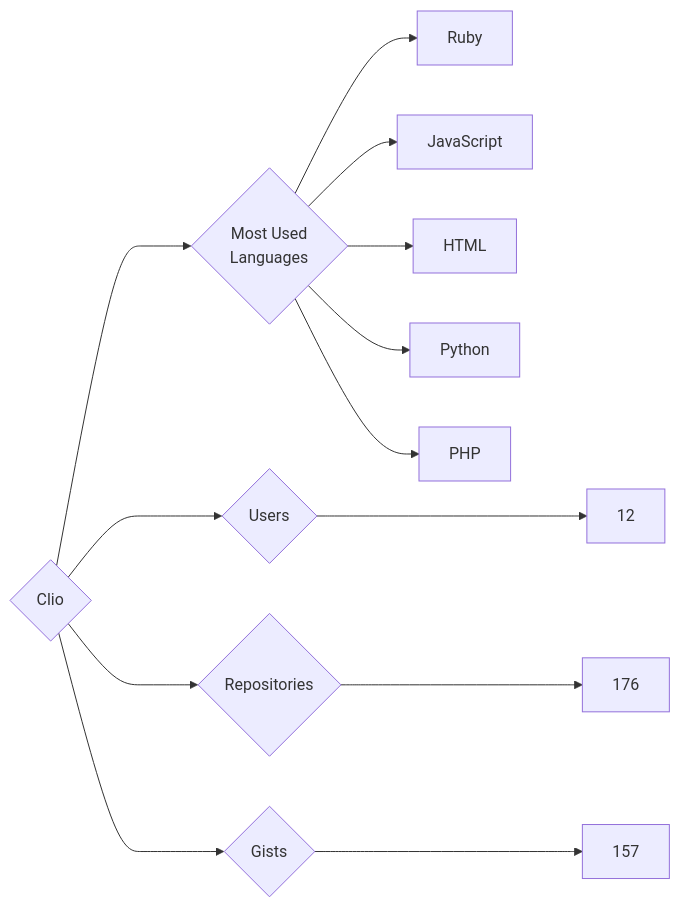
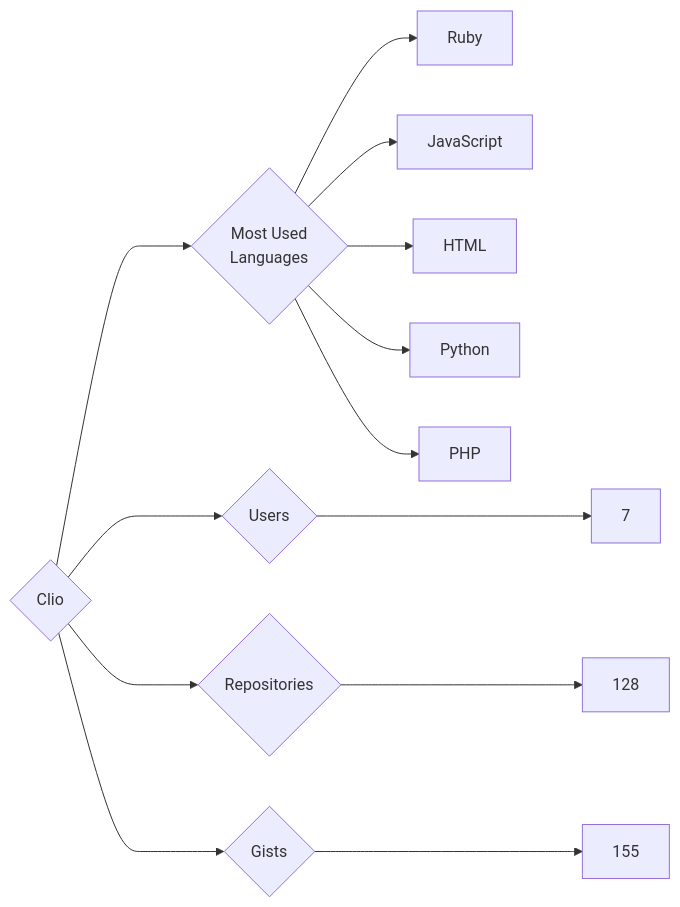
Before and after one commit to trickest/insiders: the diagram in targets/Clio/README.md, drawn with Mermaid. The commit also changed 951 other files, not shown here.

````diff
--- a/targets/Clio/README.md
+++ b/targets/Clio/README.md
@@ -3,13 +3,13 @@
 ```mermaid
 graph LR
 COMPANY_NAME{Clio}
-COMPANY_NAME ---> U{Users} ---> UN[12]
-COMPANY_NAME ---> R{Repositories} ---> RN[176]
-COMPANY_NAME ---> G{Gists} ---> GN[157]
+COMPANY_NAME ---> U{Users} ---> UN[7]
+COMPANY_NAME ---> R{Repositories} ---> RN[128]
+COMPANY_NAME ---> G{Gists} ---> GN[155]
 COMPANY_NAME ---> ML{Most Used<br>Languages}
 ML --> Ruby[Ruby]
 ML --> JavaScript[JavaScript]
 ML --> HTML[HTML]
 ML --> Python[Python]
 ML --> PHP[PHP]
 ```
````
